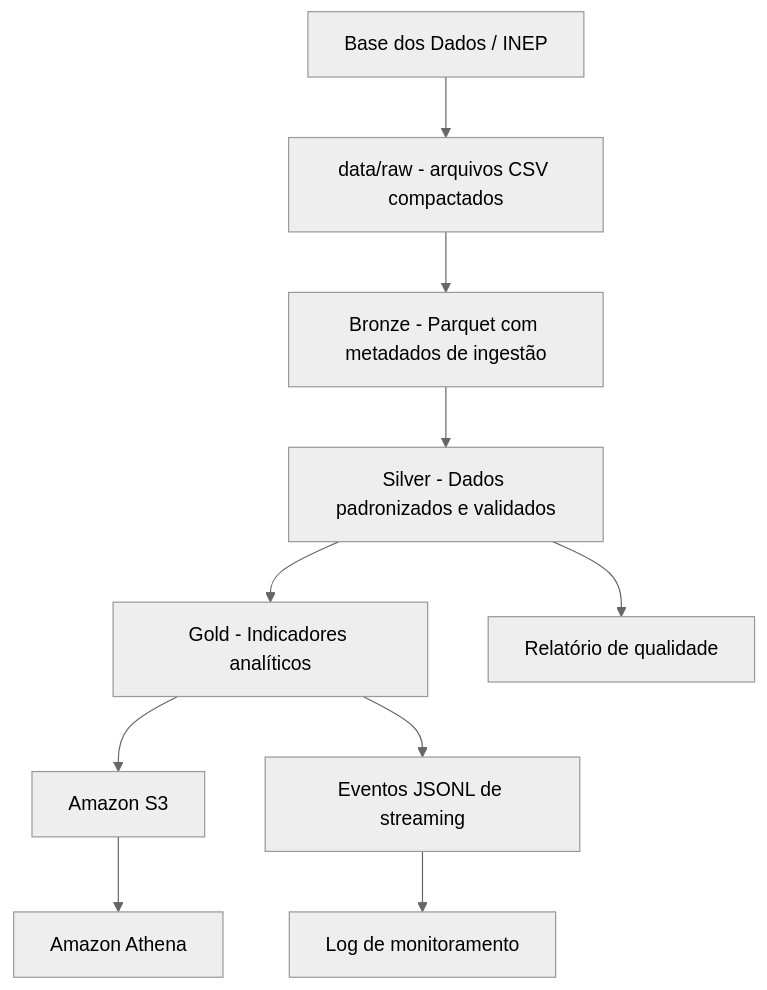
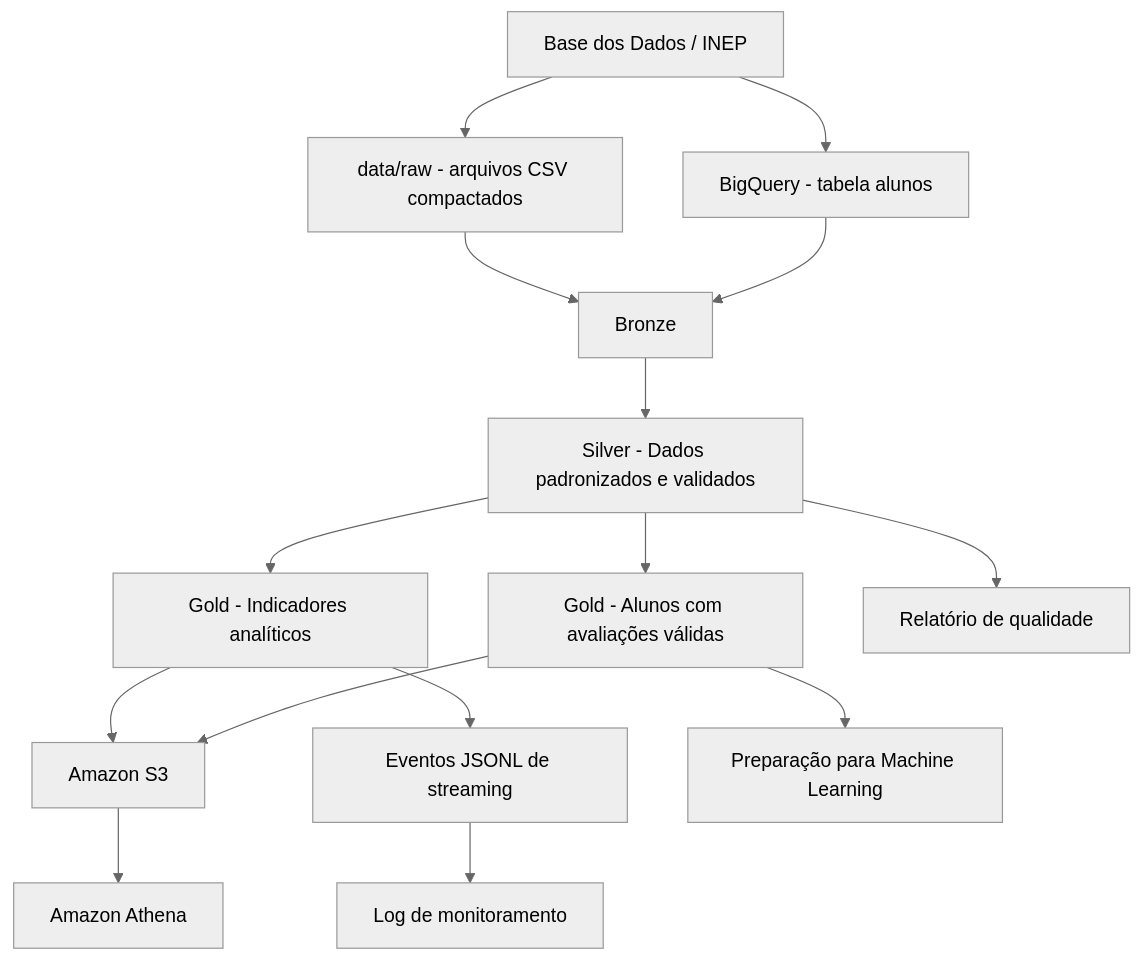
The diagram in README.md (vitoriags/pipeline-alfabetizacao-brasil), drawn with Mermaid (neutral theme) before and after one commit. The commit also changed other lines of this file and 2 other files, not shown here.

Commit message:
feat: prepara dados de alunos para fase 3

````diff
--- a/README.md
+++ b/README.md
@@ -55,12 +71,24 @@
 ```mermaid
 flowchart TD
     A[Base dos Dados / INEP] --> B[data/raw - arquivos CSV compactados]
-    B --> C[Bronze - Parquet com metadados de ingestão]
-    C --> D[Silver - Dados padronizados e validados]
-    D --> E[Gold - Indicadores analíticos]
-    E --> F[Amazon S3]
-    F --> G[Amazon Athena]
-    D --> H[Relatório de qualidade]
-    E --> I[Eventos JSONL de streaming]
-    I --> J[Log de monitoramento]
+    A --> C[BigQuery - tabela alunos]
+
+    B --> D[Bronze]
+    C --> D
+
+    D --> E[Silver - Dados padronizados e validados]
+
+    E --> F[Gold - Indicadores analíticos]
+    E --> G[Gold - Alunos com avaliações válidas]
+
+    F --> H[Amazon S3]
+    G --> H
+
+    H --> I[Amazon Athena]
+
+    E --> J[Relatório de qualidade]
+    F --> K[Eventos JSONL de streaming]
+    K --> L[Log de monitoramento]
+
+    G --> M[Preparação para Machine Learning]
 ```
````
